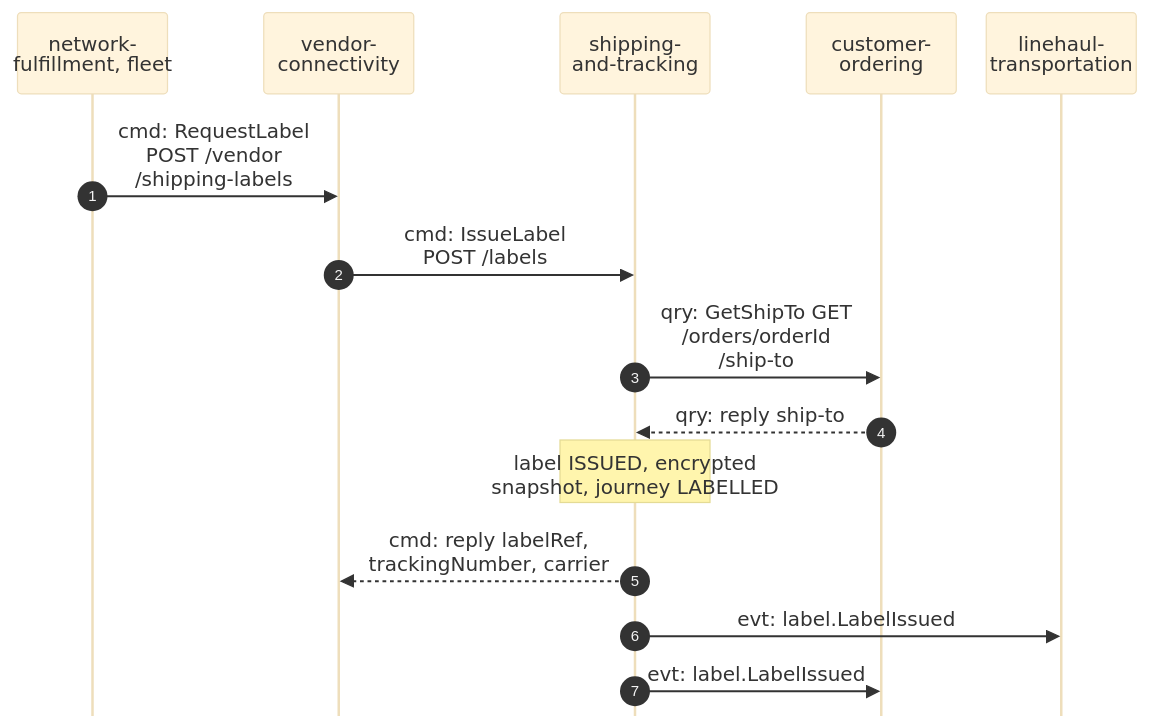
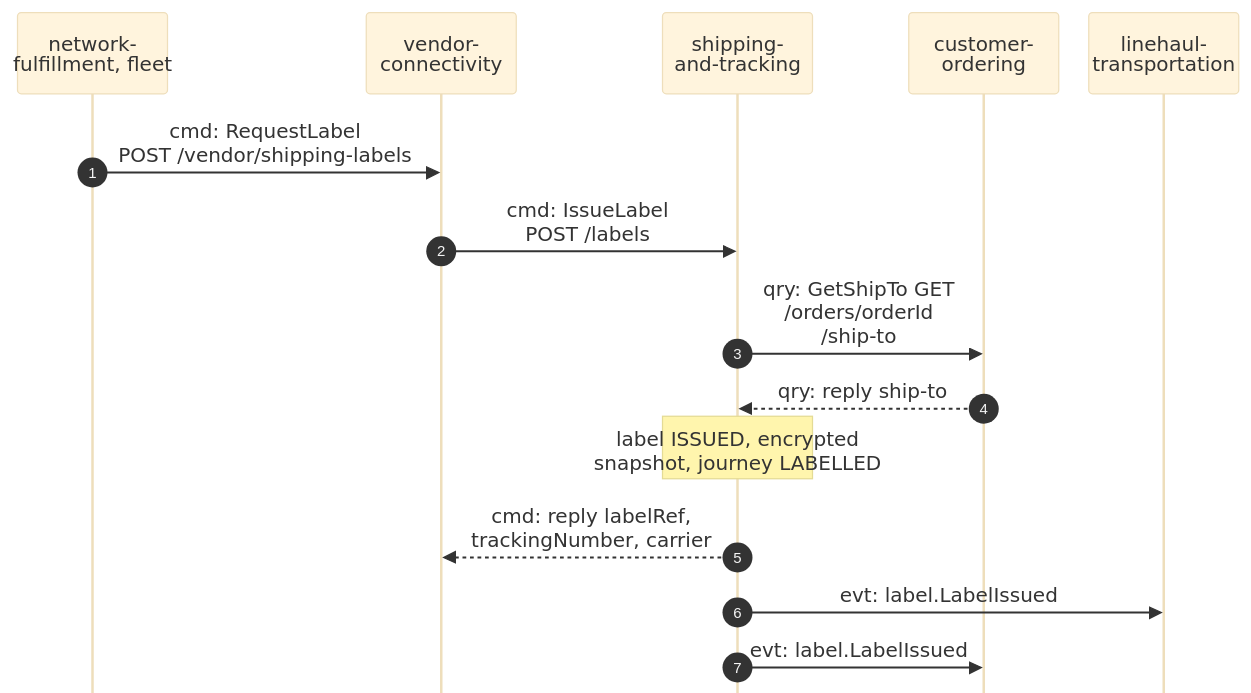
One commit to IQVO/warehouse-docs changed the first of 4 diagrams in network/docs/contexts/shipping-and-tracking/domain-message-flow.md. Above: the diagram before and after it, drawn with Mermaid (base theme). The commit also changed 272 other files, not shown here.

````diff
--- a/network/docs/contexts/shipping-and-tracking/domain-message-flow.md
+++ b/network/docs/contexts/shipping-and-tracking/domain-message-flow.md
@@ -26,18 +26,18 @@
 ```mermaid
 %%{init: {"sequence": {"wrap": true, "width": 120, "actorMargin": 24, "messageMargin": 28, "boxMargin": 6, "noteMargin": 6, "mirrorActors": false}}}%%
 sequenceDiagram
     autonumber
     participant NF as network-<br/>fulfillment, fleet
     participant VC as vendor-<br/>connectivity
     participant ST as shipping-<br/>and-tracking
     participant CO as customer-<br/>ordering
     participant LH as linehaul-<br/>transportation
-    NF->>VC: cmd: RequestLabel<br/>POST /vendor<br/>/shipping-labels
+    NF->>VC: cmd: RequestLabel<br/>POST /vendor/shipping-labels
     VC->>ST: cmd: IssueLabel<br/>POST /labels
     ST->>CO: qry: GetShipTo GET<br/>/orders/orderId<br/>/ship-to
     CO-->>ST: qry: reply ship-to
     Note over ST: label ISSUED, encrypted<br/>snapshot, journey LABELLED
     ST-->>VC: cmd: reply labelRef,<br/>trackingNumber, carrier
     ST->>LH: evt: label.LabelIssued
     ST->>CO: evt: label.LabelIssued
 ```
````
